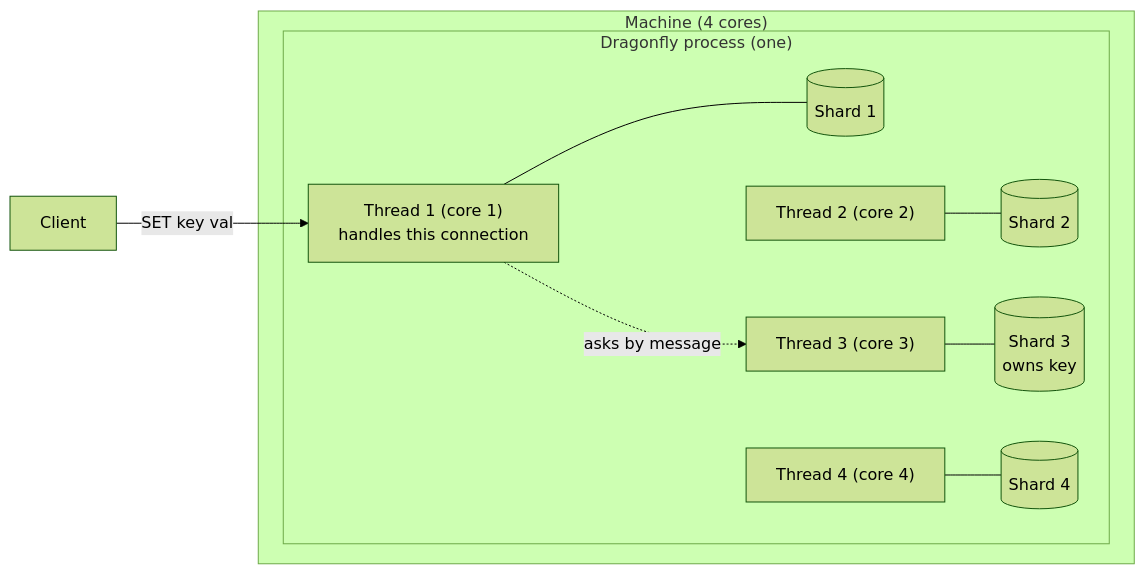
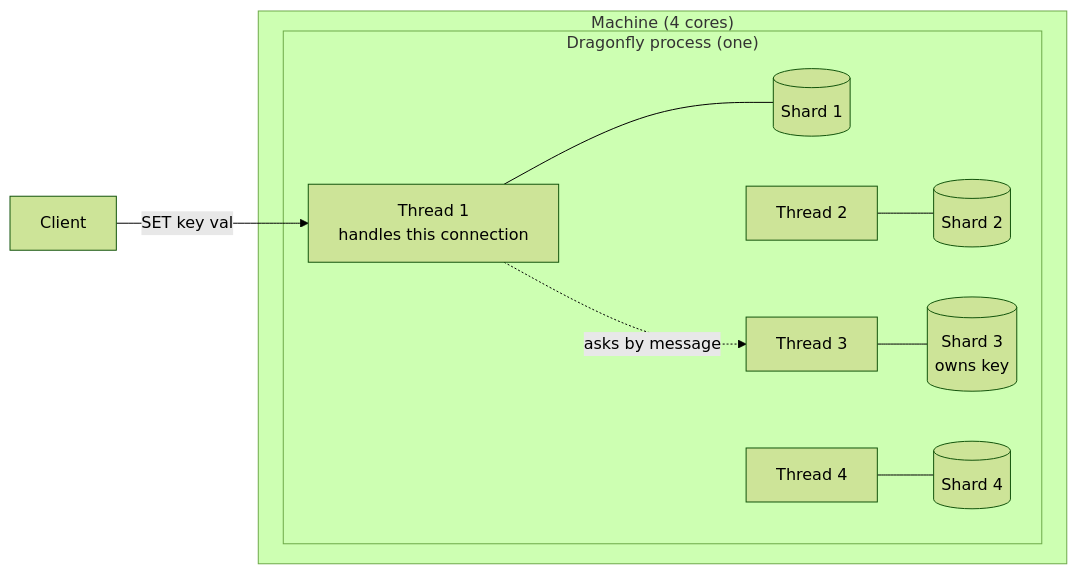
Before and after one commit to bmf-san/bmf-tech: the fourth of 5 diagrams in content/en/posts/redis-memcached-dragonfly-architecture.md, drawn with Mermaid (forest theme). The commit also changed other lines of this file and 1 other file, not shown here.

Commit message:
fix: 図のコア固定表記の削除やDragonfly・Redis・Valkeyの記述を出典どおりに修正

````diff
--- a/content/en/posts/redis-memcached-dragonfly-architecture.md
+++ b/content/en/posts/redis-memcached-dragonfly-architecture.md
@@ -128,13 +128,13 @@
 ```mermaid
 flowchart LR
     C["Client"] -->|SET key val| T1
     subgraph M["Machine (4 cores)"]
         subgraph P["Dragonfly process (one)"]
-            T1["Thread 1 (core 1)<br/>handles this connection"] --- S1[("Shard 1")]
-            T2["Thread 2 (core 2)"] --- S2[("Shard 2")]
-            T3["Thread 3 (core 3)"] --- S3[("Shard 3<br/>owns key")]
-            T4["Thread 4 (core 4)"] --- S4[("Shard 4")]
+            T1["Thread 1<br/>handles this connection"] --- S1[("Shard 1")]
+            T2["Thread 2"] --- S2[("Shard 2")]
+            T3["Thread 3"] --- S3[("Shard 3<br/>owns key")]
+            T4["Thread 4"] --- S4[("Shard 4")]
             T1 -.->|asks by message| T3
         end
     end
 ```
````
